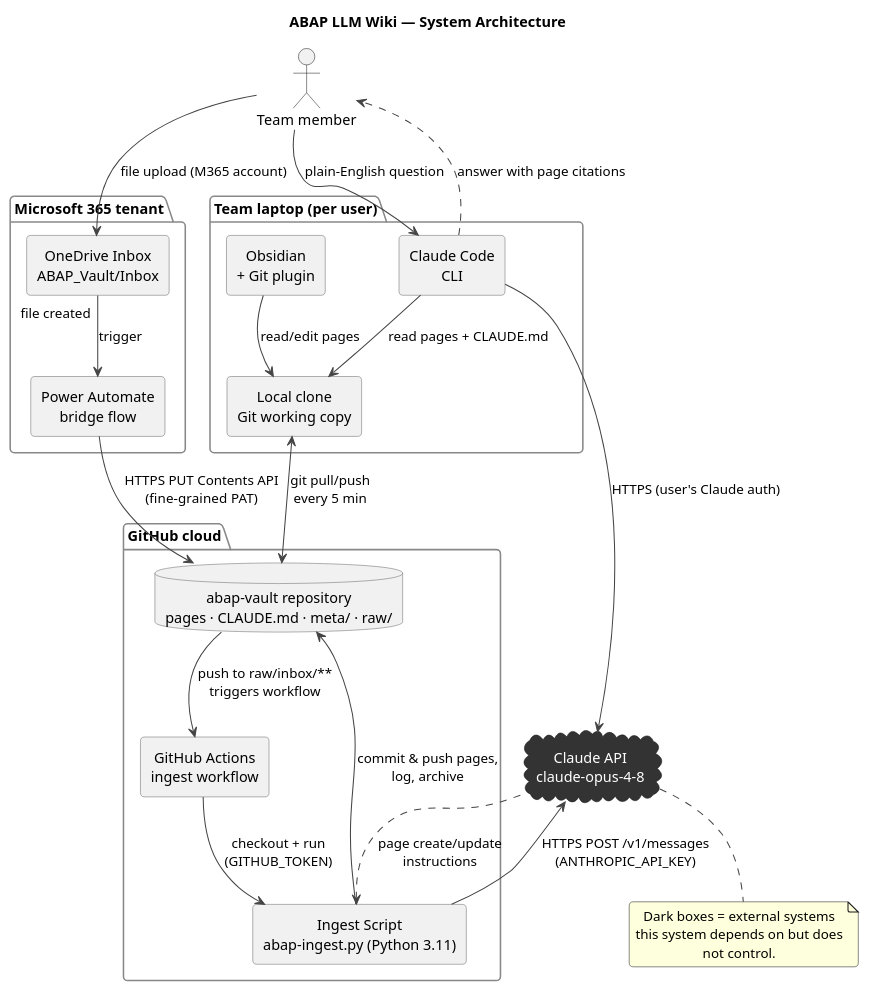
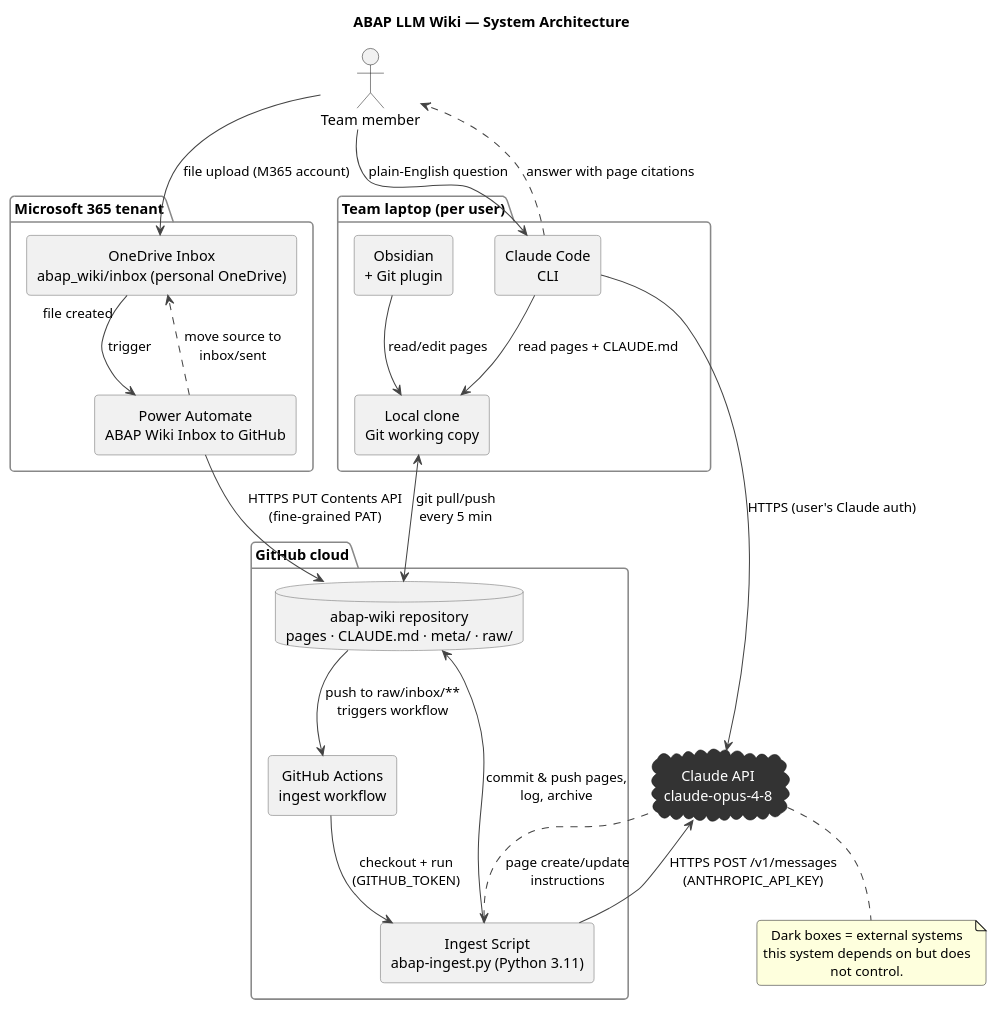
The diagram in docs/architecture/system-diagram.puml (spalanivelu1989/abap-llm-wiki), drawn with PlantUML before and after one commit. The commit also changed 9 other files, not shown here.

```diff
--- a/docs/architecture/system-diagram.puml
+++ b/docs/architecture/system-diagram.puml
@@ -1,67 +1,68 @@
 @startuml system-diagram
 title ABAP LLM Wiki — System Architecture
 
 skinparam backgroundColor #FFFFFF
 skinparam defaultTextAlignment center
 skinparam shadowing false
 skinparam roundcorner 8
 skinparam rectangle {
   BorderColor #666666
 }
 skinparam database {
   BorderColor #666666
 }
 skinparam cloud {
   BackgroundColor #333333
   FontColor #FFFFFF
   BorderColor #111111
 }
 skinparam package {
   BorderColor #888888
   FontStyle bold
 }
 skinparam ArrowColor #444444
 
 actor "Team member" as User
 
 package "Microsoft 365 tenant" {
-  rectangle "OneDrive Inbox\nABAP_Vault/Inbox" as OD
-  rectangle "Power Automate\nbridge flow" as PA
+  rectangle "OneDrive Inbox\nabap_wiki/inbox (personal OneDrive)" as OD
+  rectangle "Power Automate\nABAP Wiki Inbox to GitHub" as PA
 }
 
 package "GitHub cloud" {
-  database "abap-vault repository\npages · CLAUDE.md · meta/ · raw/" as REPO
+  database "abap-wiki repository\npages · CLAUDE.md · meta/ · raw/" as REPO
   rectangle "GitHub Actions\ningest workflow" as GHA
   rectangle "Ingest Script\nabap-ingest.py (Python 3.11)" as PY
 }
 
 package "Team laptop (per user)" {
   rectangle "Local clone\nGit working copy" as CLONE
   rectangle "Obsidian\n+ Git plugin" as OBS
   rectangle "Claude Code\nCLI" as CC
 }
 
 cloud "Claude API\nclaude-opus-4-8" as CLAUDE
 
 User --> OD : file upload (M365 account)
 OD --> PA : "file created" trigger
 PA --> REPO : HTTPS PUT Contents API\n(fine-grained PAT)
+PA ..> OD : move source to\ninbox/sent
 REPO --> GHA : push to raw/inbox/**\ntriggers workflow
 GHA --> PY : checkout + run\n(GITHUB_TOKEN)
 PY --> CLAUDE : HTTPS POST /v1/messages\n(ANTHROPIC_API_KEY)
 CLAUDE ..> PY : page create/update\ninstructions
 PY --> REPO : commit & push pages,\nlog, archive
 CLONE <--> REPO : git pull/push\nevery 5 min
 OBS --> CLONE : read/edit pages
 CC --> CLONE : read pages + CLAUDE.md
 CC --> CLAUDE : HTTPS (user's Claude auth)
 User --> CC : plain-English question
 CC ..> User : answer with page citations
 
 note bottom of CLAUDE
   Dark boxes = external systems
   this system depends on but does
   not control.
 end note
 
 @enduml
```
